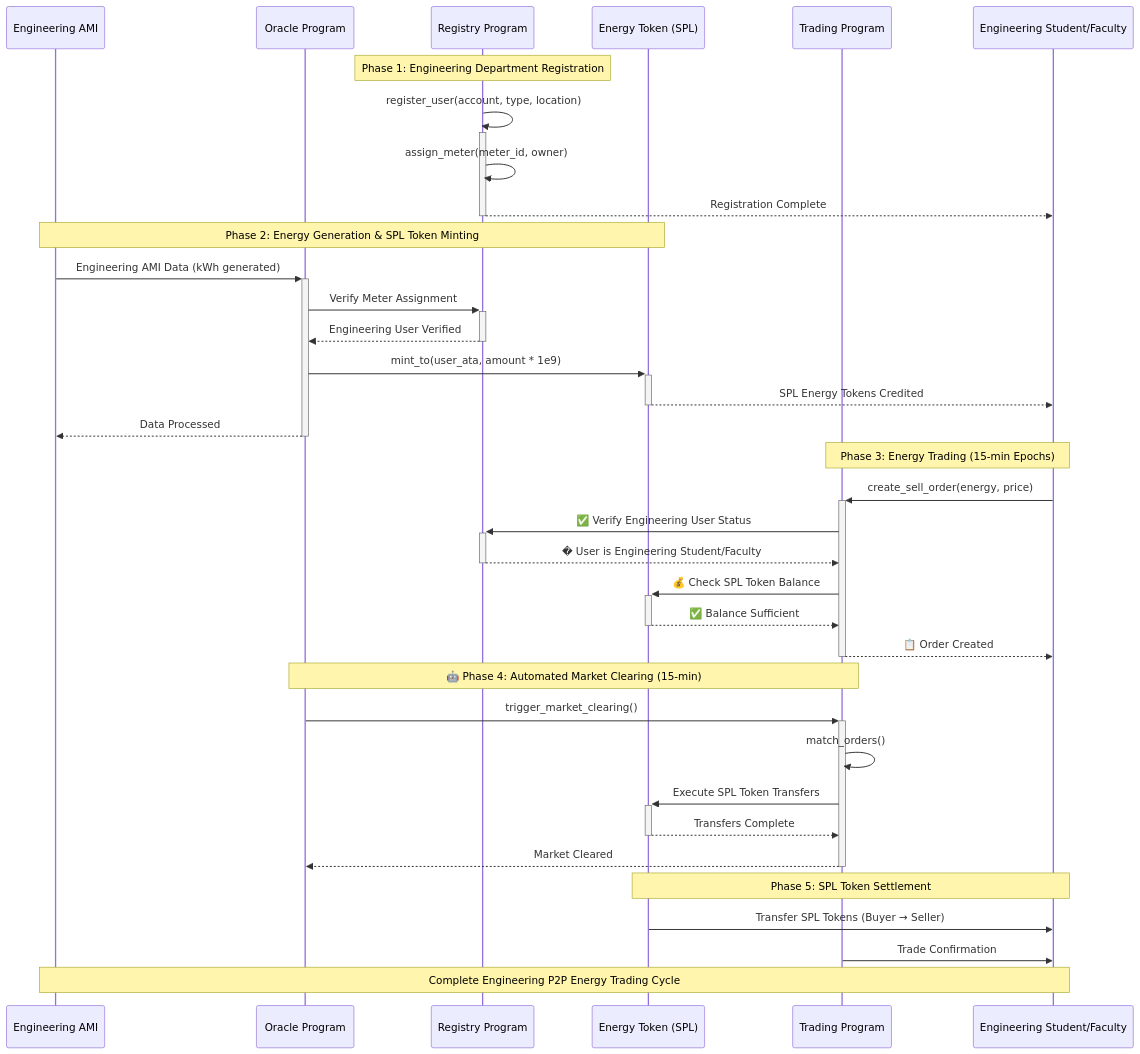
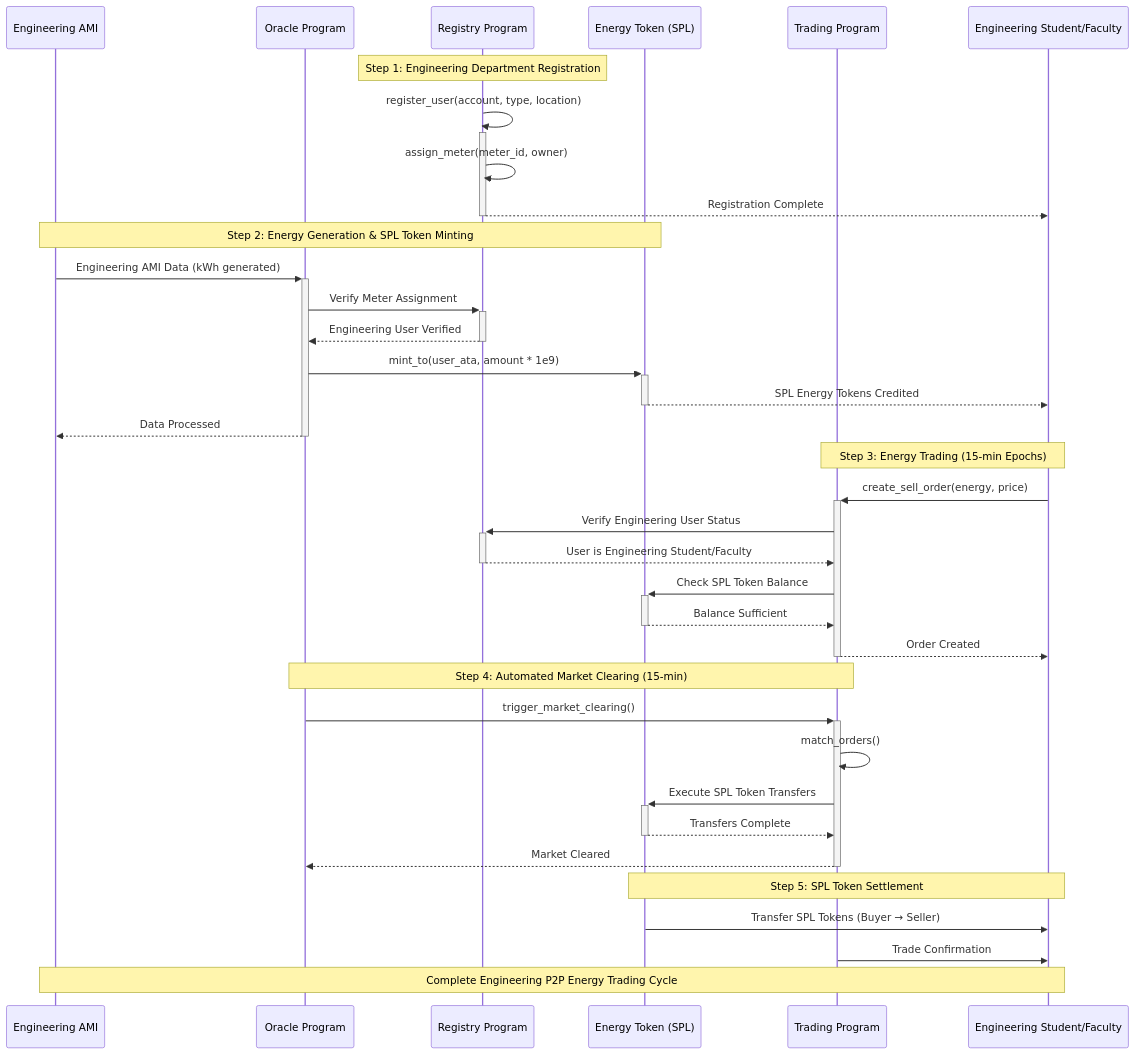
The third of 5 diagrams in docs/contracts-diagram.md (NakaSato/p2p), drawn with Mermaid before and after one commit. The commit also changed other lines of this file and 2 other files, not shown here.

````diff
--- a/docs/contracts-diagram.md
+++ b/docs/contracts-diagram.md
@@ -260,49 +161,49 @@
 ```mermaid
 sequenceDiagram
     participant AMI as Engineering AMI
     participant Oracle as Oracle Program
     participant Registry as Registry Program
     participant Token as Energy Token (SPL)
     participant Trading as Trading Program
     participant User as Engineering Student/Faculty
     
     %% User Registration Flow
-    Note over Registry: Phase 1: Engineering Department Registration
+    Note over Registry: Step 1: Engineering Department Registration
     Registry->>+Registry: register_user(account, type, location)
     Registry->>Registry: assign_meter(meter_id, owner)
     Registry-->>-User: Registration Complete
     
     %% Energy Generation Flow
-    Note over AMI,Token: Phase 2: Energy Generation & SPL Token Minting
+    Note over AMI,Token: Step 2: Energy Generation & SPL Token Minting
     AMI->>+Oracle: Engineering AMI Data (kWh generated)
     Oracle->>+Registry: Verify Meter Assignment
     Registry-->>-Oracle: Engineering User Verified
     Oracle->>+Token: mint_to(user_ata, amount * 1e9)
     Token-->>-User: SPL Energy Tokens Credited
     Oracle-->>-AMI: Data Processed
     
     %% Trading Flow
-    Note over User,Trading: Phase 3: Energy Trading (15-min Epochs)
+    Note over User,Trading: Step 3: Energy Trading (15-min Epochs)
     User->>+Trading: create_sell_order(energy, price)
-    Trading->>+Registry: ✅ Verify Engineering User Status
-    Registry-->>-Trading: � User is Engineering Student/Faculty
-    Trading->>+Token: 💰 Check SPL Token Balance
-    Token-->>-Trading: ✅ Balance Sufficient
-    Trading-->>-User: 📋 Order Created
+    Trading->>+Registry: Verify Engineering User Status
+    Registry-->>-Trading: User is Engineering Student/Faculty
+    Trading->>+Token: Check SPL Token Balance
+    Token-->>-Trading: Balance Sufficient
+    Trading-->>-User: Order Created
     
     %% Market Clearing
-    Note over Oracle,Trading: 🤖 Phase 4: Automated Market Clearing (15-min)
+    Note over Oracle,Trading: Step 4: Automated Market Clearing (15-min)
     Oracle->>+Trading: trigger_market_clearing()
     Trading->>Trading: match_orders()
     Trading->>+Token: Execute SPL Token Transfers
     Token-->>-Trading: Transfers Complete
     Trading-->>-Oracle: Market Cleared
     
     %% Settlement
-    Note over Token,User: Phase 5: SPL Token Settlement
+    Note over Token,User: Step 5: SPL Token Settlement
     Token->>User: Transfer SPL Tokens (Buyer → Seller)
     Trading->>User: Trade Confirmation
     
     %% Styling
     Note over AMI,User: Complete Engineering P2P Energy Trading Cycle
 ```
````
